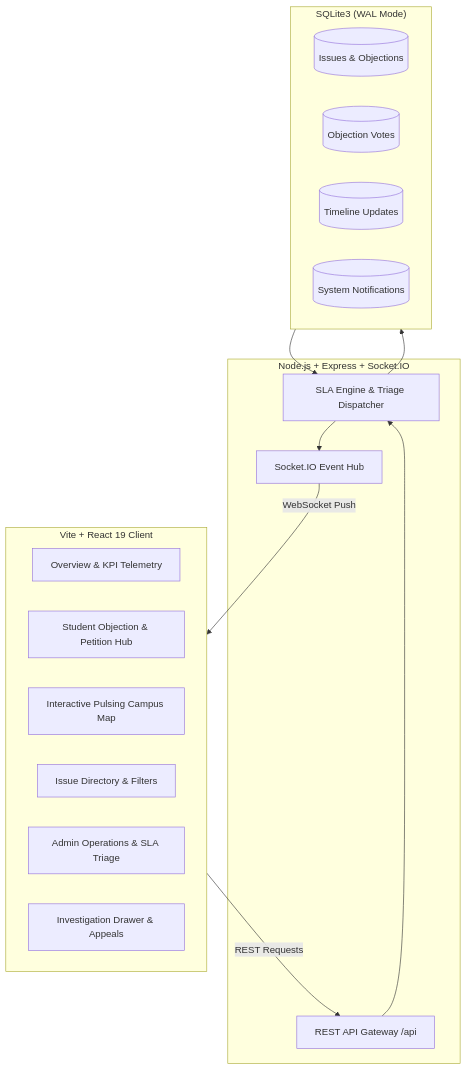
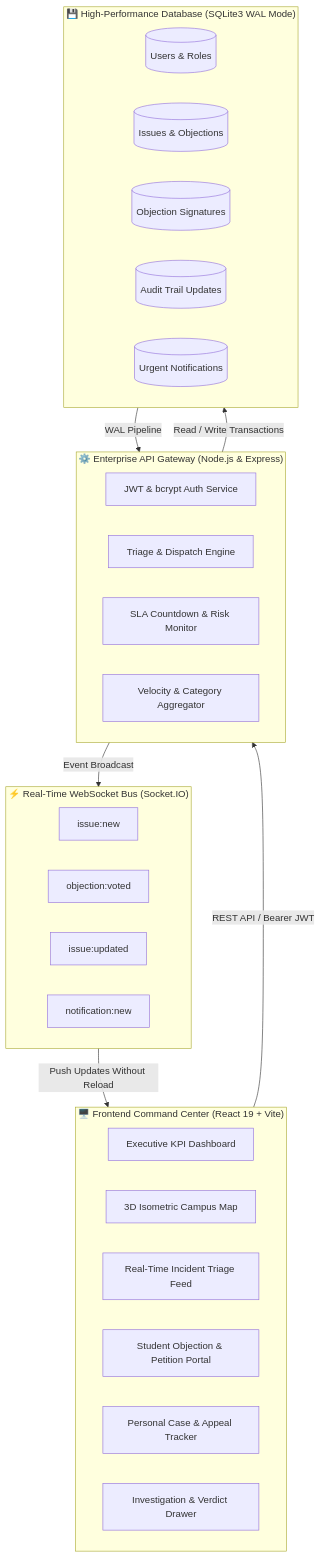
One commit to Shreyalien/Campus-Pulse changed the first of 2 diagrams in README.md. Above: the diagram before and after it, drawn with Mermaid. The commit also changed other lines of this file and 3 other files, not shown here.

Commit message:
feat(final): DIU Smart Campus & Universal 3D map preset, anti-copy protection, and elevated Mermaid architecture documentation

````diff
--- a/README.md
+++ b/README.md
@@ -44,31 +46,39 @@
 ```mermaid
 graph TD
-    subgraph Client ["Vite + React 19 Client"]
-        A[Overview & KPI Telemetry]
-        B[Student Objection & Petition Hub]
-        C[Interactive Pulsing Campus Map]
-        D[Issue Directory & Filters]
-        E[Admin Operations & SLA Triage]
-        F[Investigation Drawer & Appeals]
+    subgraph Client ["🖥️ Frontend Command Center (React 19 + Vite)"]
+        UI_Dash[Executive KPI Dashboard]
+        UI_Map[3D Isometric Campus Map]
+        UI_Feed[Real-Time Incident Triage Feed]
+        UI_Obj[Student Objection & Petition Portal]
+        UI_MyCases[Personal Case & Appeal Tracker]
+        UI_Drawer[Investigation & Verdict Drawer]
     end
 
-    subgraph Server ["Node.js + Express + Socket.IO"]
-        G[REST API Gateway /api]
-        H[Socket.IO Event Hub]
-        I[SLA Engine & Triage Dispatcher]
+    subgraph Realtime ["⚡ Real-Time WebSocket Bus (Socket.IO)"]
+        SKT_New[issue:new]
+        SKT_Vote[objection:voted]
+        SKT_Upd[issue:updated]
+        SKT_Notif[notification:new]
     end
 
-    subgraph Database ["SQLite3 (WAL Mode)"]
-        J[(Issues & Objections)]
-        K[(Objection Votes)]
-        L[(Timeline Updates)]
-        M[(System Notifications)]
+    subgraph Gateway ["⚙️ Enterprise API Gateway (Node.js & Express)"]
+        API_Auth[JWT & bcrypt Auth Service]
+        API_Triage[Triage & Dispatch Engine]
+        API_SLA[SLA Countdown & Risk Monitor]
+        API_Analytics[Velocity & Category Aggregator]
     end
 
-    Client -->|REST Requests| G
-    G --> I
-    I --> Database
-    Database --> I
-    I --> H
-    H -->|WebSocket Push| Client
+    subgraph Storage ["💾 High-Performance Database (SQLite3 WAL Mode)"]
+        DB_Users[(Users & Roles)]
+        DB_Issues[(Issues & Objections)]
+        DB_Votes[(Objection Signatures)]
+        DB_Timeline[(Audit Trail Updates)]
+        DB_Notifs[(Urgent Notifications)]
+    end
+
+    Client -->|REST API / Bearer JWT| Gateway
+    Gateway -->|Read / Write Transactions| Storage
+    Storage -->|WAL Pipeline| Gateway
+    Gateway -->|Event Broadcast| Realtime
+    Realtime -->|Push Updates Without Reload| Client
 ```
````
